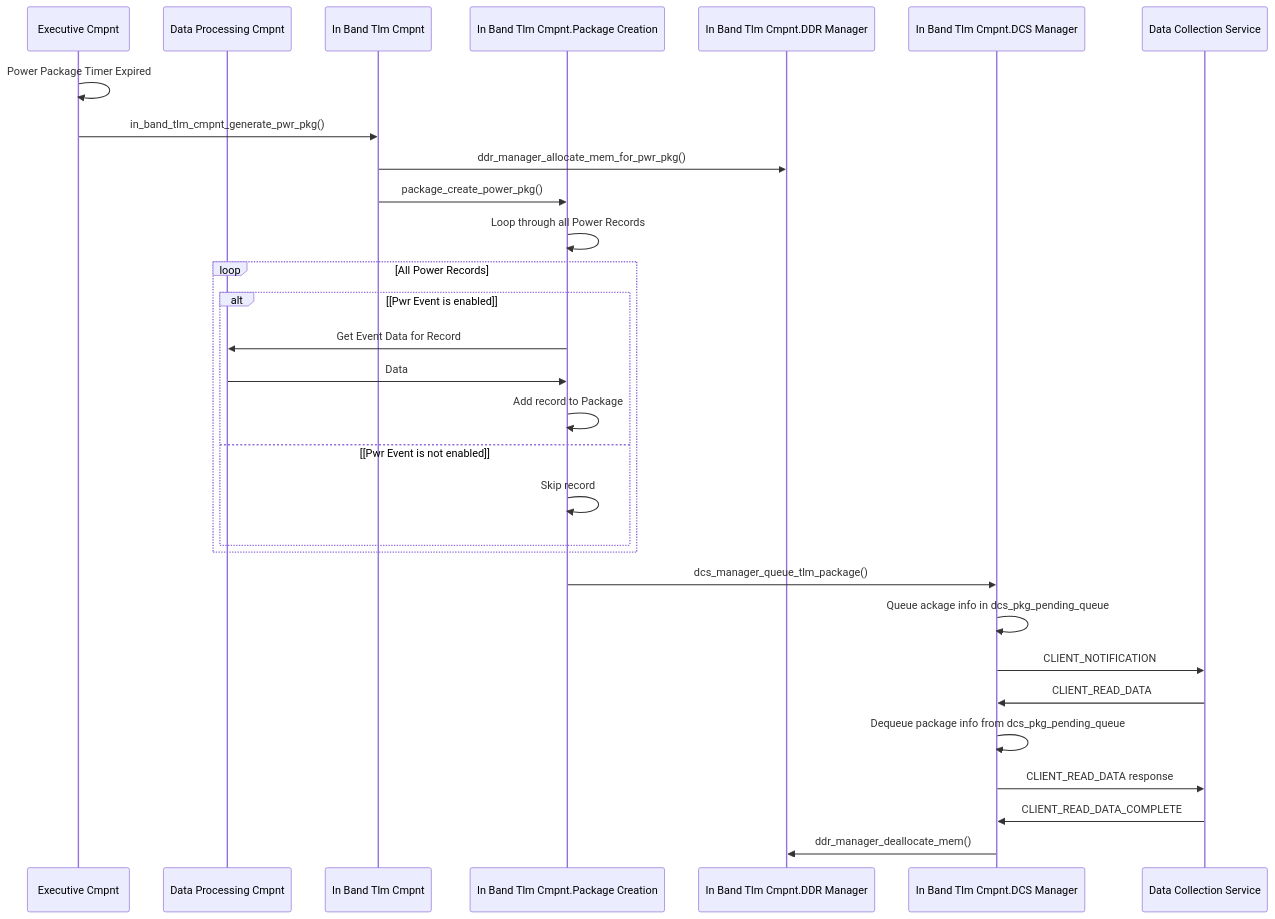
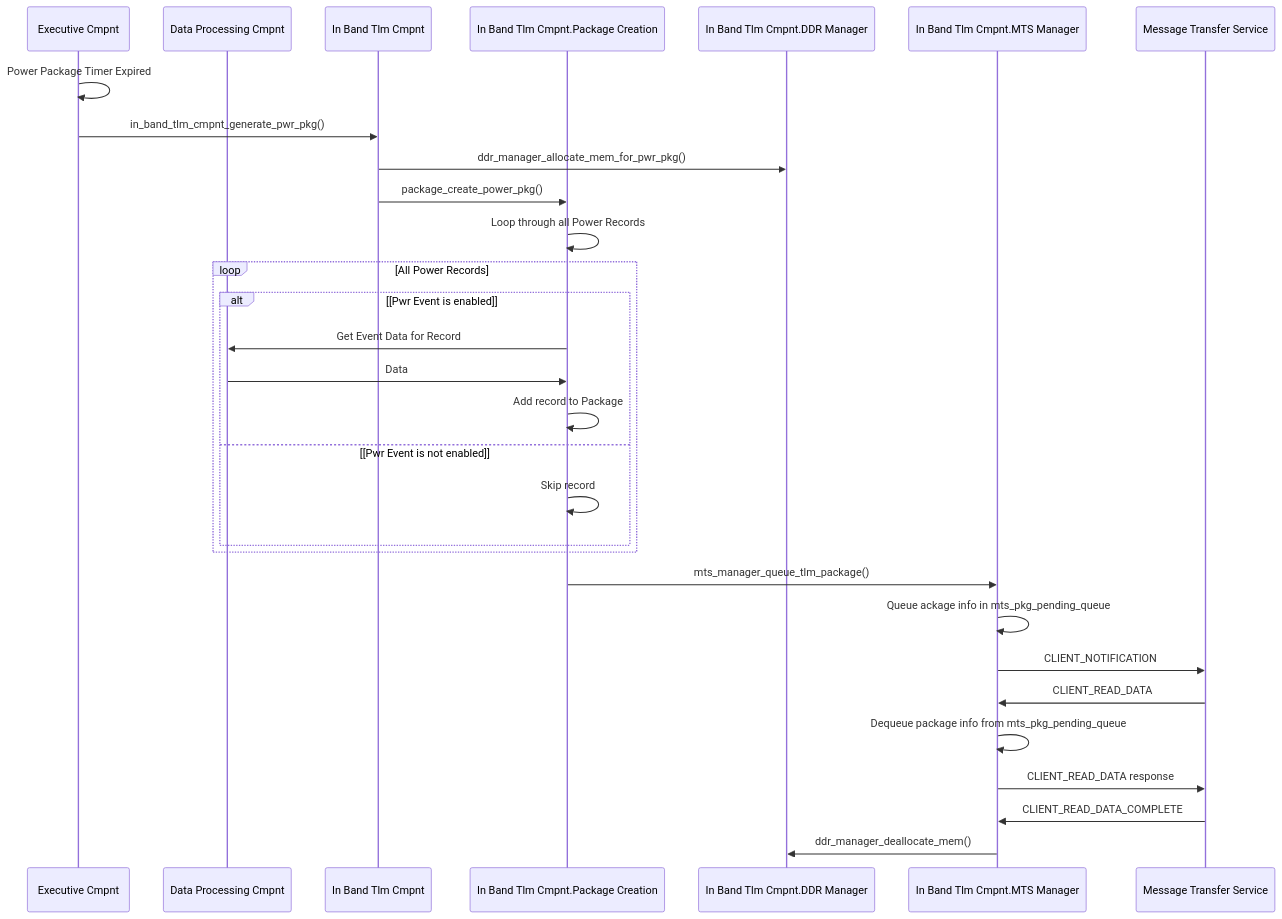
The second of 2 diagrams in docs/development/FirmwareDesign/telemetry.md (jivahire-com/cpp-thread-safe-cache), drawn with Mermaid before and after one commit. The commit also changed other lines of this file and 85 other files, not shown here.

First line of the commit message:
Merged PR 112685: DCS was renamed to MTS and moved to 1pfwlibs. This PR ingests MTS from 1pfwlibs

```diff
--- a/docs/development/FirmwareDesign/telemetry.md
+++ b/docs/development/FirmwareDesign/telemetry.md
@@ -191,32 +189,32 @@
 :::mermaid
 sequenceDiagram
 participant Exec as Executive Cmpnt
 participant Dataproc as Data Processing Cmpnt
 participant InBand as In Band Tlm Cmpnt
 participant PkgCr as In Band Tlm Cmpnt.Package Creation
 participant DdrMgr as In Band Tlm Cmpnt.DDR Manager
-participant DcsMgr as In Band Tlm Cmpnt.DCS Manager
-participant DCS as Data Collection Service
+participant MtsMgr as In Band Tlm Cmpnt.MTS Manager
+participant MTS as Message Transfer Service
 Exec->>Exec: Power Package Timer Expired
 Exec->>InBand:in_band_tlm_cmpnt_generate_pwr_pkg()
 InBand->>DdrMgr: ddr_manager_allocate_mem_for_pwr_pkg()
 InBand->>PkgCr :package_create_power_pkg()
 PkgCr->>PkgCr: Loop through all Power Records
 loop All Power Records
     alt [Pwr Event is enabled]
         PkgCr->>Dataproc: Get Event Data for Record
         Dataproc->>PkgCr: Data
         PkgCr->>PkgCr: Add record to Package
     else [Pwr Event is not enabled]
         PkgCr->>PkgCr: Skip record
     end
 end
-PkgCr->>DcsMgr: dcs_manager_queue_tlm_package()
-DcsMgr->>DcsMgr: Queue ackage info in dcs_pkg_pending_queue
-DcsMgr->>DCS: CLIENT_NOTIFICATION
-DCS->>DcsMgr: CLIENT_READ_DATA
-DcsMgr->>DcsMgr: Dequeue package info from dcs_pkg_pending_queue
-DcsMgr->>DCS: CLIENT_READ_DATA response
-DCS->>DcsMgr: CLIENT_READ_DATA_COMPLETE
-DcsMgr->>DdrMgr: ddr_manager_deallocate_mem()
+PkgCr->>MtsMgr: mts_manager_queue_tlm_package()
+MtsMgr->>MtsMgr: Queue ackage info in mts_pkg_pending_queue
+MtsMgr->>MTS: CLIENT_NOTIFICATION
+MTS->>MtsMgr: CLIENT_READ_DATA
+MtsMgr->>MtsMgr: Dequeue package info from mts_pkg_pending_queue
+MtsMgr->>MTS: CLIENT_READ_DATA response
+MTS->>MtsMgr: CLIENT_READ_DATA_COMPLETE
+MtsMgr->>DdrMgr: ddr_manager_deallocate_mem()
 :::
```
